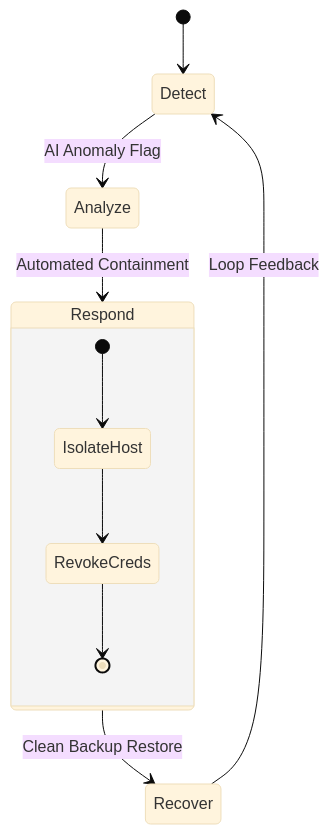
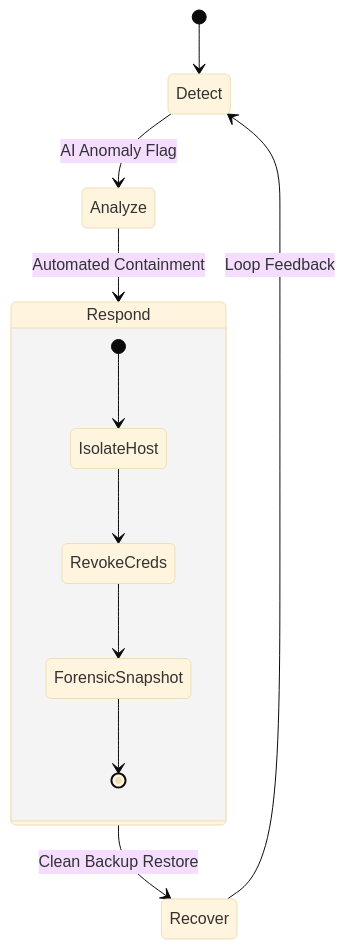
Before and after one commit to delvin-45/delvin-45.github.io: the third of 3 diagrams in _posts/2026-02-12-cyber-2026-indonesia.md, drawn with Mermaid (base theme). The commit also changed other lines of this file and 1 other file, not shown here.

```diff
--- a/_posts/2026-02-12-cyber-2026-indonesia.md
+++ b/_posts/2026-02-12-cyber-2026-indonesia.md
@@ -80,14 +100,15 @@
 <div class="mermaid">
 stateDiagram-v2
     [*] --> Detect
     Detect --> Analyze : AI Anomaly Flag
     Analyze --> Respond : Automated Containment
     Respond --> Recover : Clean Backup Restore
     Recover --> Detect : Loop Feedback
     
     state Respond {
         [*] --> IsolateHost
         IsolateHost --> RevokeCreds
-        RevokeCreds --> [*]
+        RevokeCreds --> ForensicSnapshot
+        ForensicSnapshot --> [*]
     }
 </div>
```
